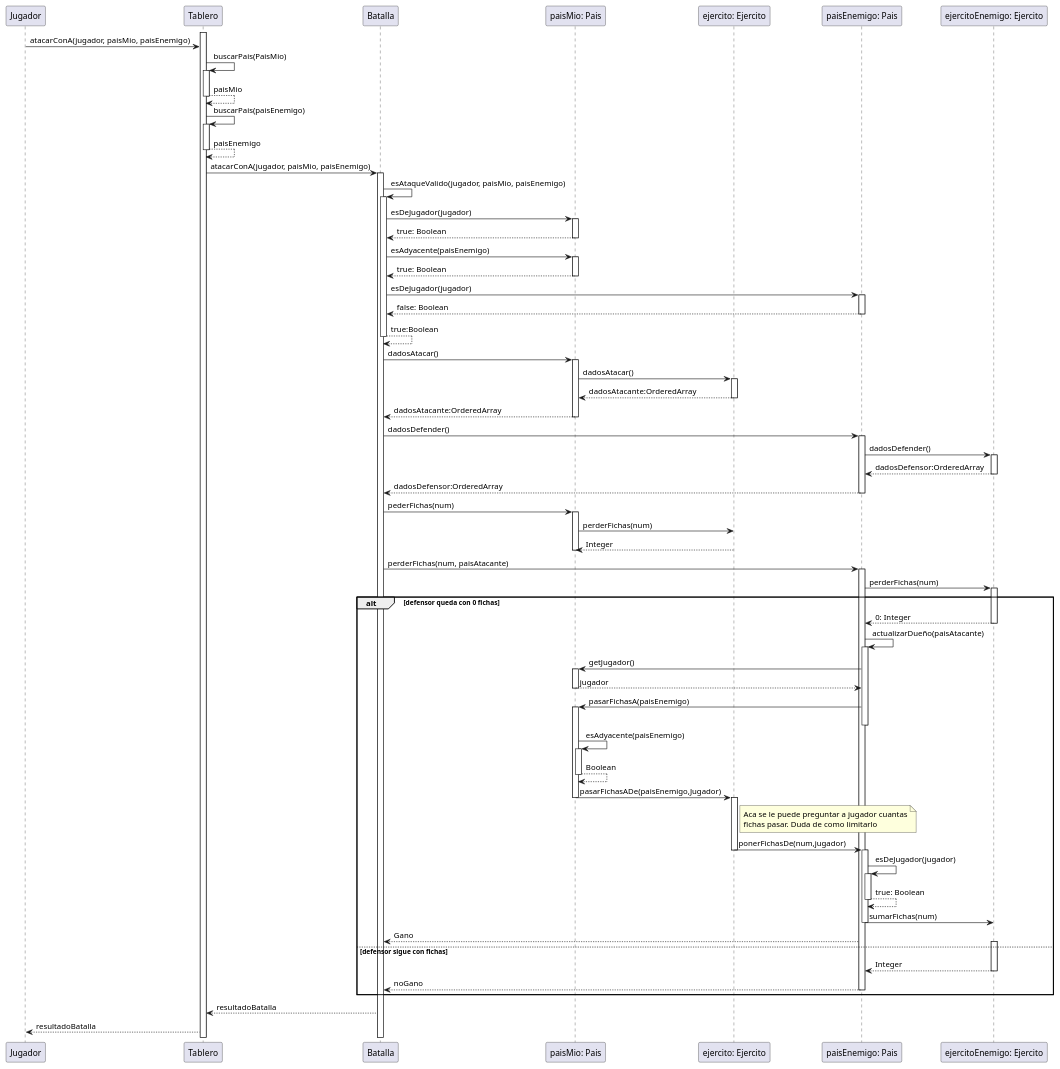
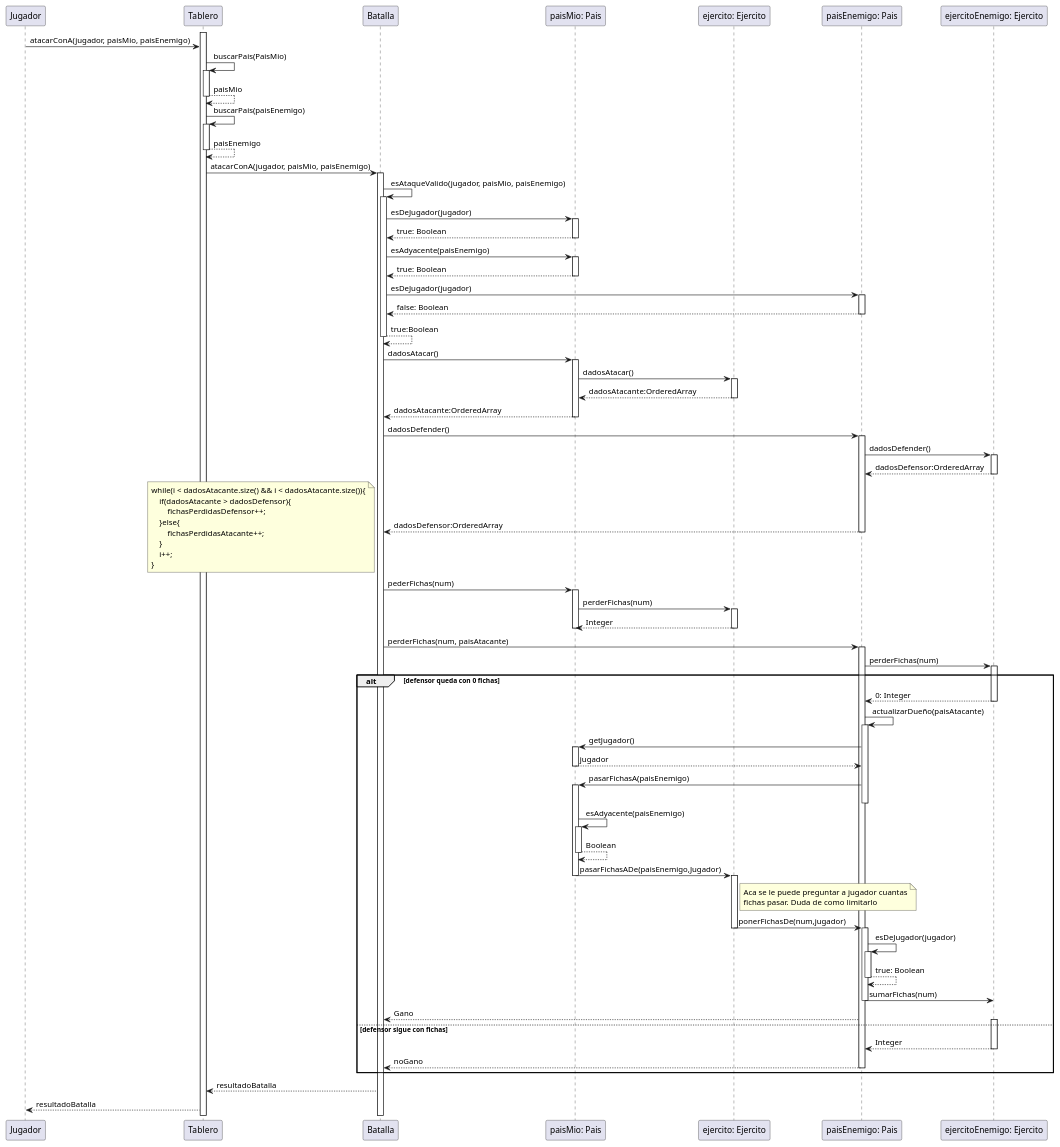
The diagram in docs/Diagramas/Codigo/digrama_de_secuencia_ataque.puml (mpata2000/Algo3-TP2-TEG), drawn with PlantUML before and after one commit.

Commit message:
Agrego nuevo Diagrama de secuencia de pais ataca a otro pais V0.4

```diff
--- a/docs/Diagramas/Codigo/digrama_de_secuencia_ataque.puml
+++ b/docs/Diagramas/Codigo/digrama_de_secuencia_ataque.puml
@@ -1,108 +1,120 @@
 @startuml DiagramaDeSecuenciaUnPaisAtacaAOtro-V0.2
 
 Participant Jugador
 Participant Tablero
 Participant Batalla
 Participant Pais as "paisMio: Pais"
 Participant Ejercito as "ejercito: Ejercito"
 Participant PaisEnemigo as "paisEnemigo: Pais"
 Participant EjercitoEnemigo as "ejercitoEnemigo: Ejercito"
 
 activate Tablero
 Jugador->Tablero: atacarConA(jugador, paisMio, paisEnemigo)
 Tablero -> Tablero: buscarPais(PaisMio)
 activate Tablero
 Tablero --> Tablero: paisMio
 deactivate Tablero
 Tablero -> Tablero: buscarPais(paisEnemigo)
 activate Tablero
 Tablero --> Tablero: paisEnemigo
 deactivate Tablero
 Tablero -> Batalla: atacarConA(jugador, paisMio, paisEnemigo)
 activate Batalla
 Batalla -> Batalla: esAtaqueValido(jugador, paisMio, paisEnemigo)
 activate Batalla
 Batalla -> Pais: esDeJugador(jugador)
 activate Pais
 Pais --> Batalla: true: Boolean
 deactivate Pais
 Batalla -> Pais: esAdyacente(paisEnemigo)
 activate Pais
 Pais --> Batalla: true: Boolean
 deactivate Pais
 Batalla -> PaisEnemigo: esDeJugador(jugador)
 activate PaisEnemigo
 PaisEnemigo --> Batalla: false: Boolean
 deactivate PaisEnemigo
 Batalla --> Batalla: true:Boolean
 deactivate Batalla
 Batalla -> Pais: dadosAtacar()
 activate Pais
 Pais -> Ejercito: dadosAtacar()
 activate Ejercito
 Ejercito --> Pais: dadosAtacante:OrderedArray
 deactivate Ejercito
 Pais --> Batalla: dadosAtacante:OrderedArray
 deactivate Pais
 Batalla -> PaisEnemigo: dadosDefender()
 activate PaisEnemigo
 PaisEnemigo -> EjercitoEnemigo: dadosDefender()
 activate EjercitoEnemigo
 EjercitoEnemigo --> PaisEnemigo: dadosDefensor:OrderedArray
 deactivate EjercitoEnemigo
 PaisEnemigo --> Batalla: dadosDefensor:OrderedArray
+note left
+while(i < dadosAtacante.size() && i < dadosAtacante.size()){
+    if(dadosAtacante > dadosDefensor){
+        fichasPerdidasDefensor++;
+    }else{
+        fichasPerdidasAtacante++;
+    }
+    i++;
+}
+end note
 deactivate PaisEnemigo
 Batalla -> Pais: pederFichas(num)
 activate Pais
 Pais -> Ejercito: perderFichas(num)
+activate Ejercito
 Ejercito --> Pais: Integer
+deactivate Ejercito
 deactivate Pais
 Batalla -> PaisEnemigo: perderFichas(num, paisAtacante)
 activate PaisEnemigo
 PaisEnemigo -> EjercitoEnemigo: perderFichas(num)
 activate EjercitoEnemigo
 
 alt defensor queda con 0 fichas
     EjercitoEnemigo --> PaisEnemigo: 0: Integer
     deactivate EjercitoEnemigo
     PaisEnemigo -> PaisEnemigo: actualizarDueño(paisAtacante)
     activate PaisEnemigo
     PaisEnemigo -> Pais: getJugador()
     activate Pais
     Pais --> PaisEnemigo:  jugador
     deactivate Pais
     PaisEnemigo -> Pais: pasarFichasA(paisEnemigo)
     activate Pais
     deactivate PaisEnemigo
     Pais -> Pais: esAdyacente(paisEnemigo)
     activate Pais
     Pais --> Pais: Boolean
     deactivate Pais
     Pais -> Ejercito: pasarFichasADe(paisEnemigo,Jugador)
     deactivate Pais
     activate Ejercito
     note right Ejercito
         Aca se le puede preguntar a jugador cuantas
         fichas pasar. Duda de como limitarlo
     end note
     Ejercito -> PaisEnemigo: ponerFichasDe(num,jugador)
     deactivate Ejercito
     activate PaisEnemigo
     PaisEnemigo -> PaisEnemigo: esDeJugador(jugador)
     activate PaisEnemigo
     PaisEnemigo --> PaisEnemigo: true: Boolean
     deactivate PaisEnemigo
     PaisEnemigo -> EjercitoEnemigo: sumarFichas(num)
     deactivate PaisEnemigo
     PaisEnemigo --> Batalla: Gano
 else  defensor sigue con fichas
     activate EjercitoEnemigo
     EjercitoEnemigo --> PaisEnemigo: Integer
     deactivate EjercitoEnemigo
     PaisEnemigo --> Batalla: noGano
     deactivate PaisEnemigo
 end
 Batalla --> Tablero: resultadoBatalla
 Tablero --> Jugador: resultadoBatalla
 
 @enduml
```
